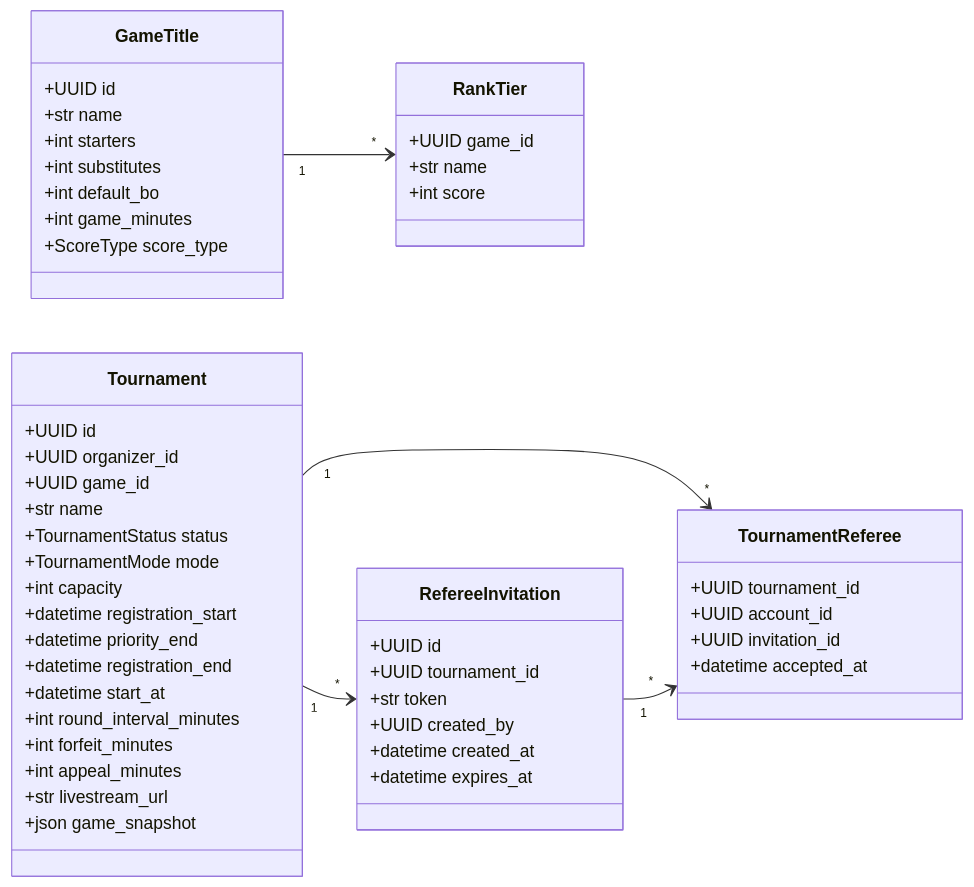
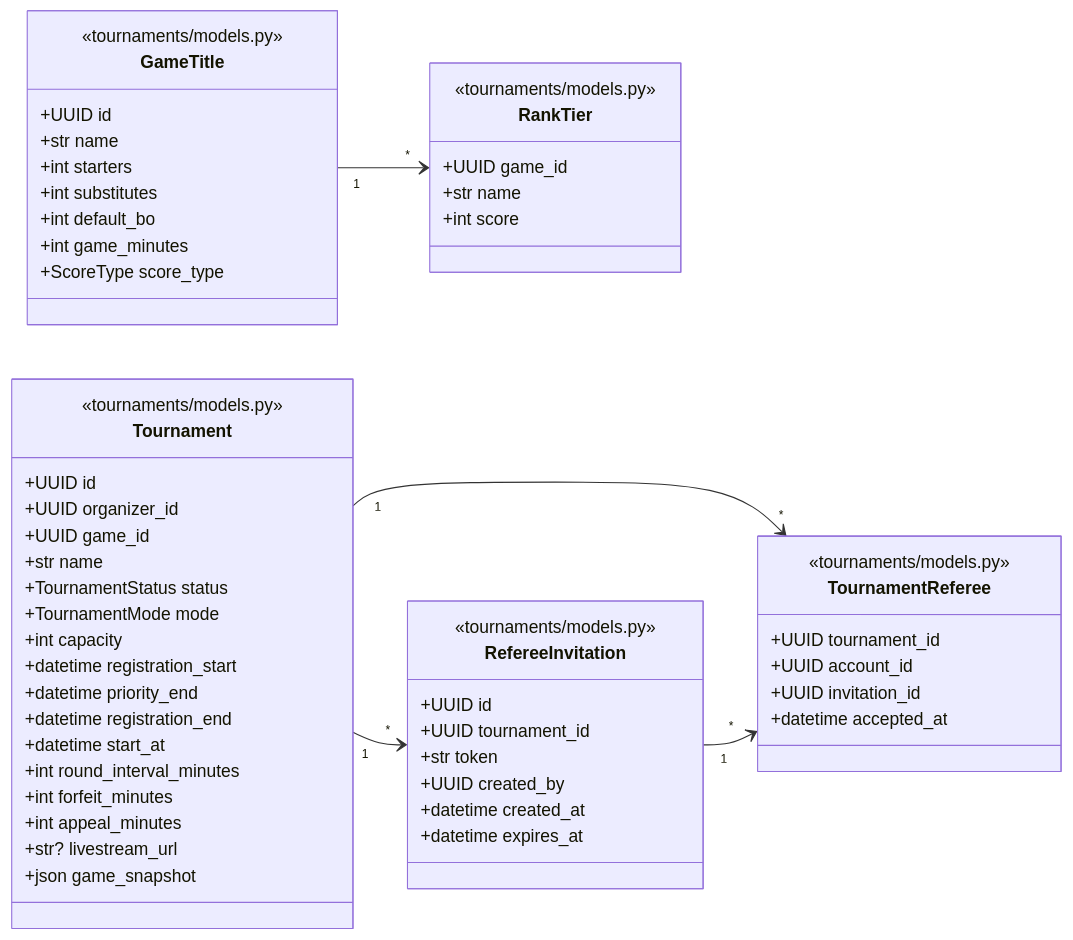
One commit to Team14good/esport-platform changed the sixth of 15 diagrams in docs/midterm/D-物件設計文件.md. Above: the diagram before and after it, drawn with Mermaid. The commit also changed other lines of this file and 27 other files, not shown here.

First line of the commit message:
docs: B、C、D 其餘的圖全部對照程式標註 (#92)

````diff
--- a/docs/midterm/D-物件設計文件.md
+++ b/docs/midterm/D-物件設計文件.md
@@ -270,54 +288,59 @@
 ```mermaid
 classDiagram
   direction LR
   class GameTitle {
+    <<tournaments/models.py>>
     +UUID id
     +str name
     +int starters
     +int substitutes
     +int default_bo
     +int game_minutes
     +ScoreType score_type
   }
   class RankTier {
+    <<tournaments/models.py>>
     +UUID game_id
     +str name
     +int score
   }
   class Tournament {
+    <<tournaments/models.py>>
     +UUID id
     +UUID organizer_id
     +UUID game_id
     +str name
     +TournamentStatus status
     +TournamentMode mode
     +int capacity
     +datetime registration_start
     +datetime priority_end
     +datetime registration_end
     +datetime start_at
     +int round_interval_minutes
     +int forfeit_minutes
     +int appeal_minutes
-    +str livestream_url
+    +str? livestream_url
     +json game_snapshot
   }
   class RefereeInvitation {
+    <<tournaments/models.py>>
     +UUID id
     +UUID tournament_id
     +str token
     +UUID created_by
     +datetime created_at
     +datetime expires_at
   }
   class TournamentReferee {
+    <<tournaments/models.py>>
     +UUID tournament_id
     +UUID account_id
     +UUID invitation_id
     +datetime accepted_at
   }
   GameTitle "1" --> "*" RankTier
   Tournament "1" --> "*" RefereeInvitation
   Tournament "1" --> "*" TournamentReferee
   RefereeInvitation "1" --> "*" TournamentReferee
 ```
````
